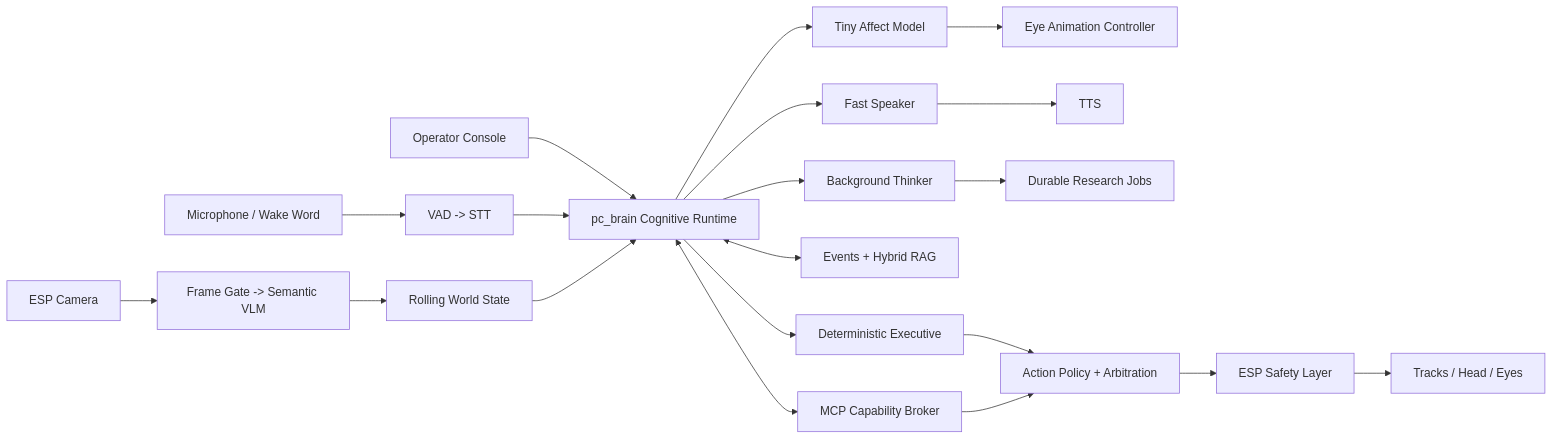
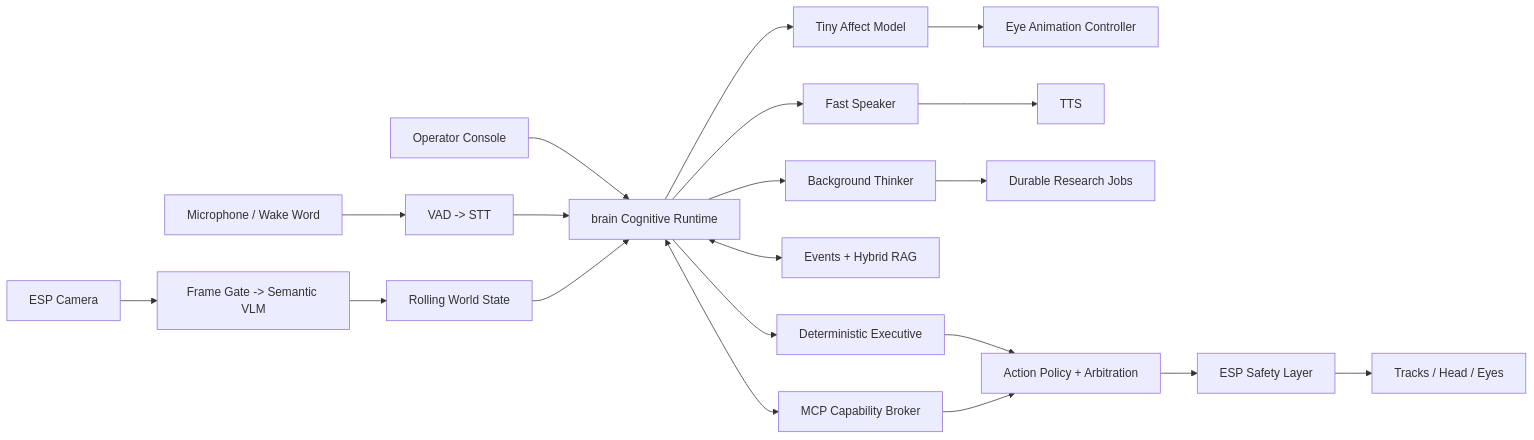
Before and after one commit to ZachariusSousa/HouseGremlin: the diagram in DESIGN.md, drawn with Mermaid. The commit also changed other lines of this file and 130 other files, not shown here.

````diff
--- a/DESIGN.md
+++ b/DESIGN.md
@@ -37,25 +37,25 @@
 ```mermaid
 flowchart LR
     Mic["Microphone / Wake Word"] --> Voice["VAD -> STT"]
     Camera["ESP Camera"] --> Perception["Frame Gate -> Semantic VLM"]
     UI["Operator Console"] --> Brain
 
-    Voice --> Brain["pc_brain Cognitive Runtime"]
+    Voice --> Brain["brain Cognitive Runtime"]
     Perception --> World["Rolling World State"]
     World --> Brain
 
     Brain --> Speaker["Fast Speaker"]
     Brain --> Thinker["Background Thinker"]
     Brain --> Affect["Tiny Affect Model"]
     Brain <--> Memory["Events + Hybrid RAG"]
     Brain <--> Broker["MCP Capability Broker"]
     Brain --> Executive["Deterministic Executive"]
 
     Affect --> Eyes["Eye Animation Controller"]
     Speaker --> TTS["TTS"]
     Thinker --> Jobs["Durable Research Jobs"]
     Executive --> Policy["Action Policy + Arbitration"]
     Broker --> Policy
     Policy --> ESP["ESP Safety Layer"]
     ESP --> Body["Tracks / Head / Eyes"]
 ```
````
